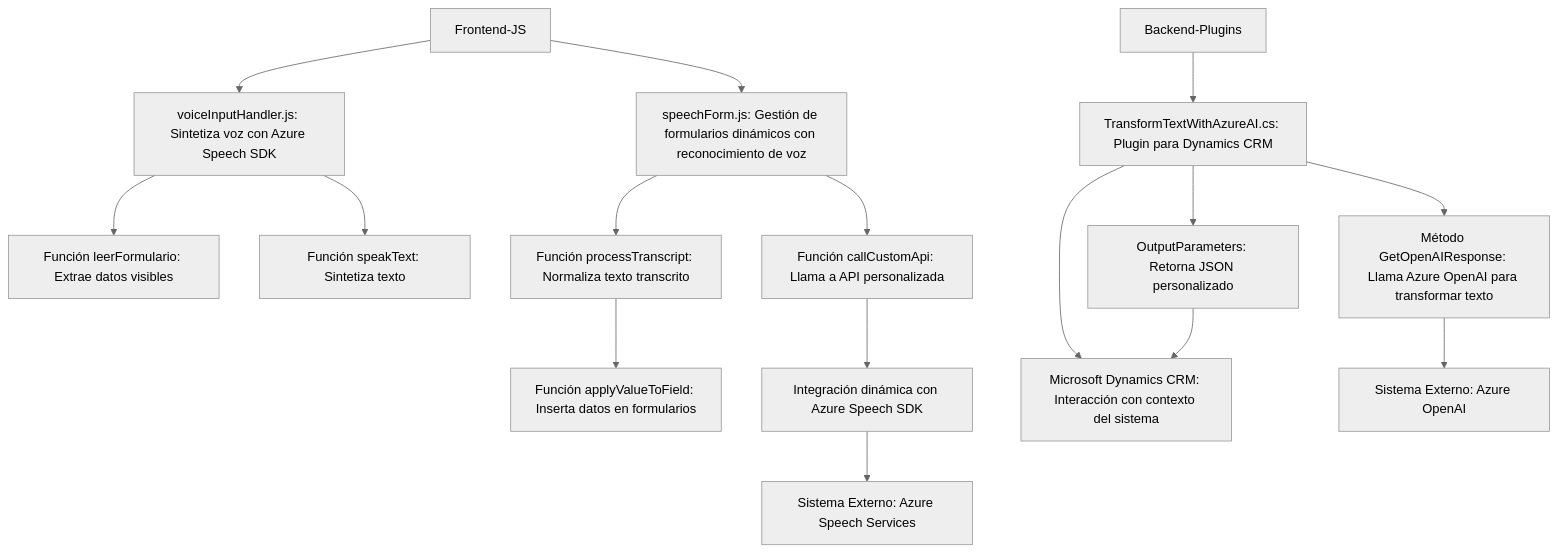
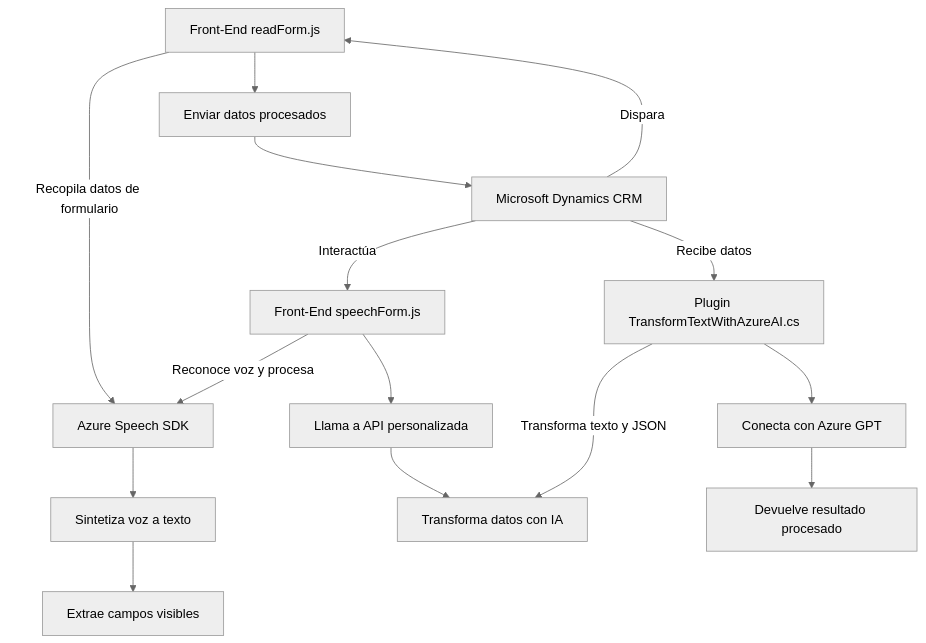
One commit to blopezdm/NETCORE_BILBAO2025 changed the diagram in README.md. Above: the diagram before and after it, drawn with Mermaid (neutral theme). The commit also changed other lines of this file, not shown here.

Commit message:
Actualizar análisis global de la solución con IA

````diff
--- a/README.md
+++ b/README.md
@@ -45,18 +61,21 @@
 ```mermaid
 graph TD
-    A["Frontend-JS"] --> B["voiceInputHandler.js: Sintetiza voz con Azure Speech SDK"]
-    A --> C["speechForm.js: Gestión de formularios dinámicos con reconocimiento de voz"]
-    B --> D["Función leerFormulario: Extrae datos visibles"]
-    B --> E["Función speakText: Sintetiza texto"]
-    C --> F["Función processTranscript: Normaliza texto transcrito"]
-    C --> G["Función callCustomApi: Llama a API personalizada"]
-    F --> H["Función applyValueToField: Inserta datos en formularios"]
-    G --> I["Integración dinámica con Azure Speech SDK"]
-    J["Backend-Plugins"] --> K["TransformTextWithAzureAI.cs: Plugin para Dynamics CRM"]
-    K --> L["Método GetOpenAIResponse: Llama Azure OpenAI para transformar texto"]
-    K --> M["OutputParameters: Retorna JSON personalizado"]
-    K --> N["Microsoft Dynamics CRM: Interacción con contexto del sistema"]
-    L --> O["Sistema Externo: Azure OpenAI"]
-    M --> N
-    I --> P["Sistema Externo: Azure Speech Services"]
+  A[Front-End readForm.js] -->|Recopila datos de formulario| B["Azure Speech SDK"]
+  B --> C["Sintetiza voz a texto"]
+  C --> D["Extrae campos visibles"]
+  A --> E["Enviar datos procesados"]
+  
+  F[Front-End speechForm.js] -->|Reconoce voz y procesa| B 
+  F --> G["Llama a API personalizada"]
+  G --> H["Transforma datos con IA"]
+  
+  I[Plugin TransformTextWithAzureAI.cs] -->|Transforma texto y JSON| H
+  I --> J["Conecta con Azure GPT"]
+  J --> K["Devuelve resultado procesado"]
+
+  L["Microsoft Dynamics CRM"] -->|Dispara| A
+  L -->|Interactúa| F
+  L -->|"Recibe datos"| I
+
+  E --> L
 ```
````
